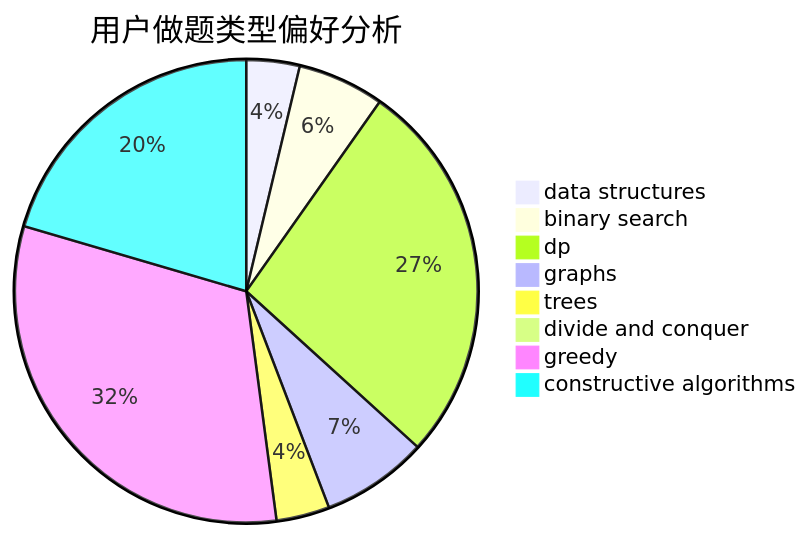
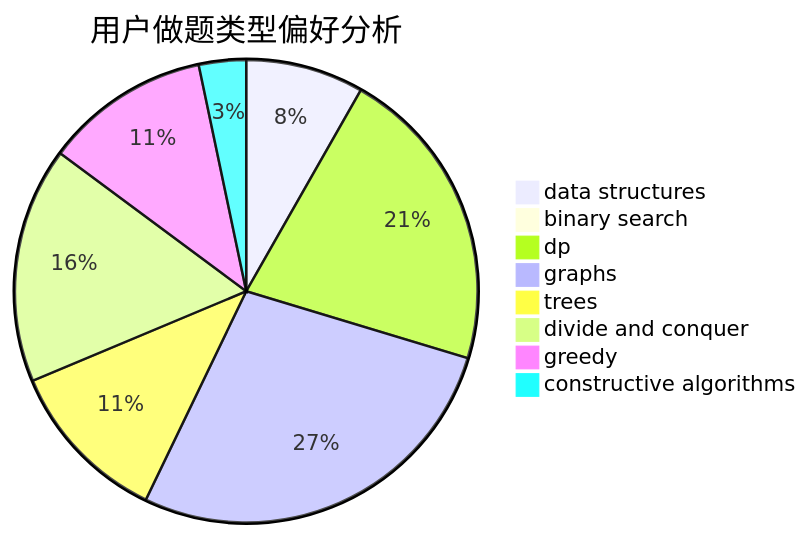
The second of 3 diagrams in docs/user/u2229.md (sherpahu/cfrs.github.io), drawn with Mermaid before and after one commit. The commit also changed other lines of this file and 2770 other files, not shown here.

````diff
--- a/docs/user/u2229.md
+++ b/docs/user/u2229.md
@@ -23,11 +23,11 @@
 ```mermaid
 pie title 用户做题类型偏好分析
-    "data structures" :  8
-    "binary search" :  13
-    "dp" :  58
-    "graphs" :  16
-    "trees" :  8
-    "divide and conquer" :  0
-    "greedy" :  68
-    "constructive algorithms" :  44
+    "data structures" :  15
+    "binary search" :  1
+    "dp" :  39
+    "graphs" :  50
+    "trees" :  21
+    "divide and conquer" :  30
+    "greedy" :  21
+    "constructive algorithms" :  6
 ```
````
